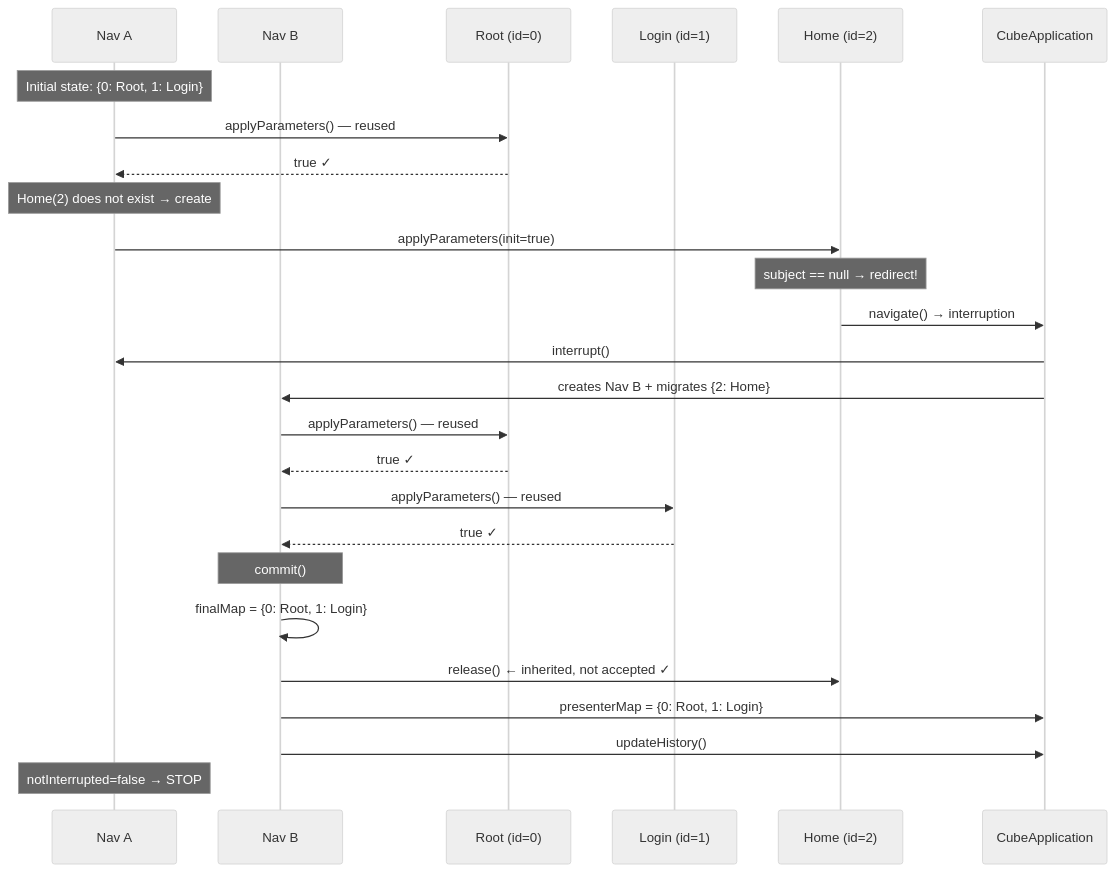
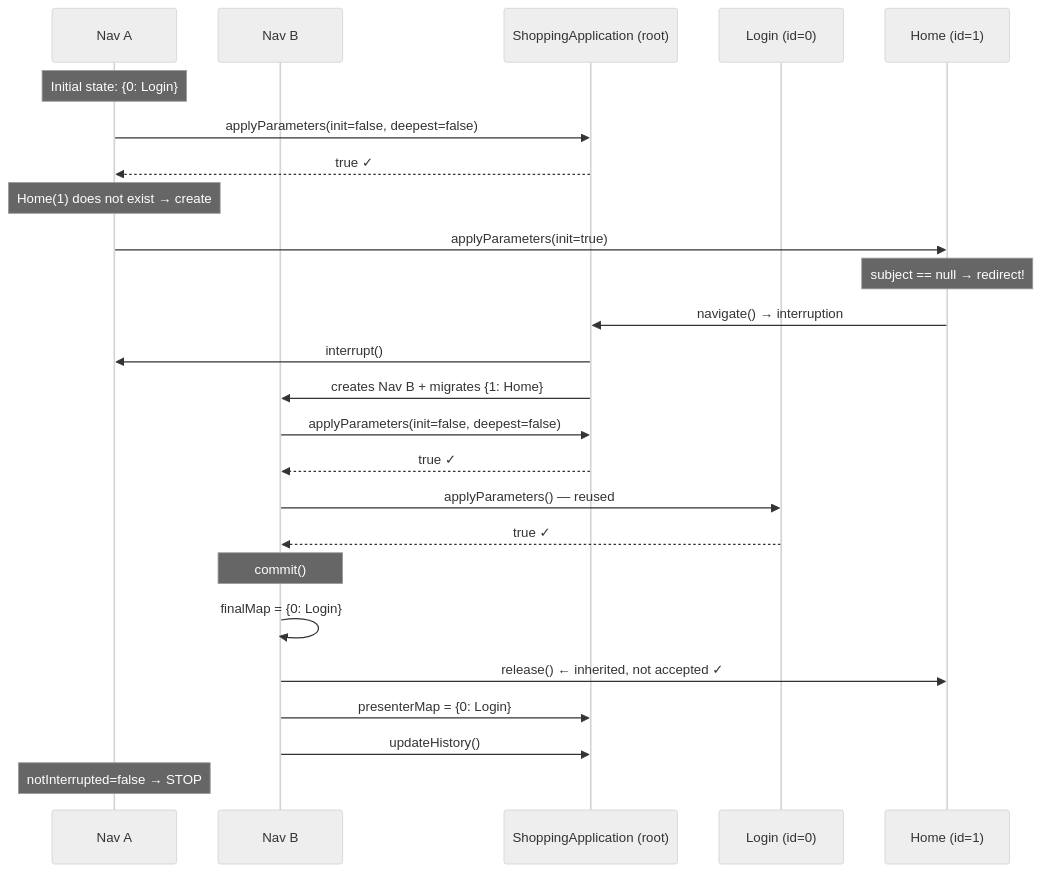
Before and after one commit to mrcdom/wdc-cube-kotlin: the ninth of 19 diagrams in docs/architecture-cube.md, drawn with Mermaid (neutral theme). The commit also changed other lines of this file and 22 other files, not shown here.

First line of the commit message:
refactor(presentation): ShoppingApplication absorbs RootPresenter

````diff
--- a/docs/architecture-cube.md
+++ b/docs/architecture-cube.md
@@ -546,34 +549,33 @@
 ```mermaid
 sequenceDiagram
     participant NavA as Nav A
     participant NavB as Nav B
-    participant Root as Root (id=0)
-    participant Login as Login (id=1)
-    participant Home as Home (id=2)
-    participant App as CubeApplication
+    participant App as ShoppingApplication (root)
+    participant Login as Login (id=0)
+    participant Home as Home (id=1)
 
-    Note over NavA: Initial state: {0: Root, 1: Login}
+    Note over NavA: Initial state: {0: Login}
 
-    NavA->>Root: applyParameters() — reused
-    Root-->>NavA: true ✓
+    NavA->>App: applyParameters(init=false, deepest=false)
+    App-->>NavA: true ✓
 
-    Note over NavA: Home(2) does not exist → create
+    Note over NavA: Home(1) does not exist → create
     NavA->>Home: applyParameters(init=true)
     Note over Home: subject == null → redirect!
     Home->>App: navigate() → interruption
     App->>NavA: interrupt()
-    App->>NavB: creates Nav B + migrates {2: Home}
+    App->>NavB: creates Nav B + migrates {1: Home}
 
-    NavB->>Root: applyParameters() — reused
-    Root-->>NavB: true ✓
+    NavB->>App: applyParameters(init=false, deepest=false)
+    App-->>NavB: true ✓
     NavB->>Login: applyParameters() — reused
     Login-->>NavB: true ✓
 
     Note over NavB: commit()
-    NavB->>NavB: finalMap = {0: Root, 1: Login}
+    NavB->>NavB: finalMap = {0: Login}
     NavB->>Home: release() ← inherited, not accepted ✓
-    NavB->>App: presenterMap = {0: Root, 1: Login}
+    NavB->>App: presenterMap = {0: Login}
     NavB->>App: updateHistory()
 
     Note over NavA: notInterrupted=false → STOP
 ```
````
